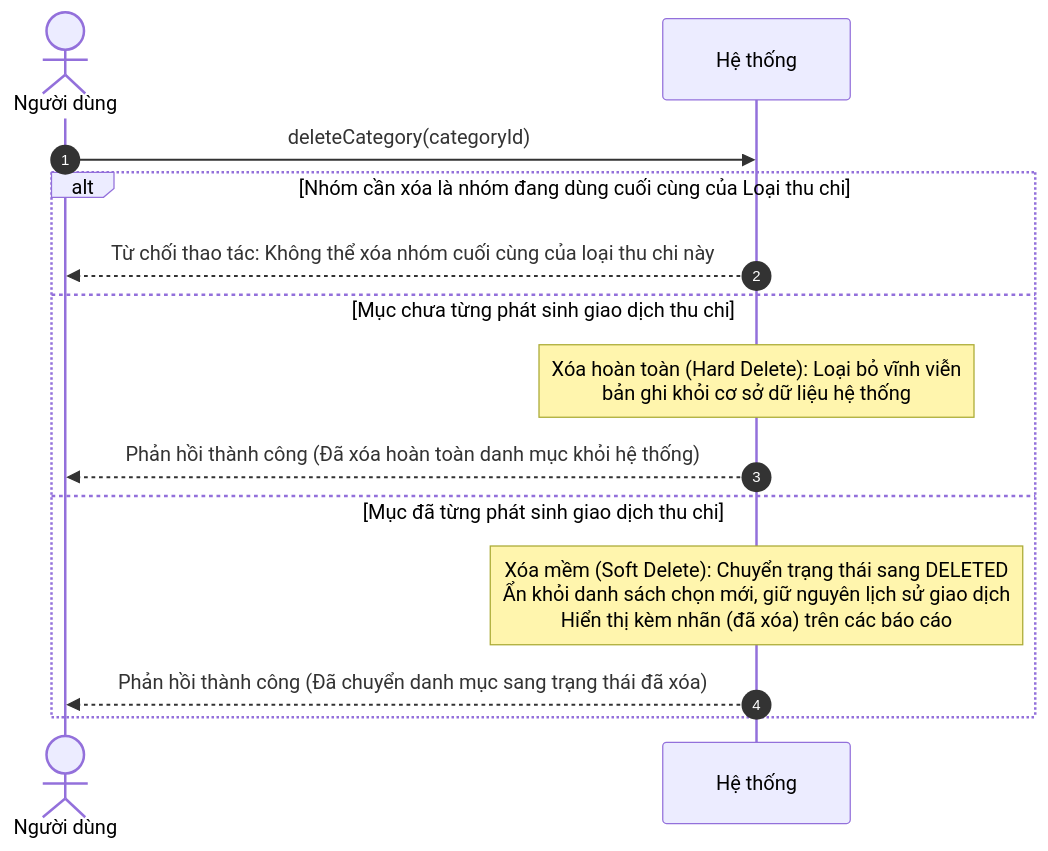
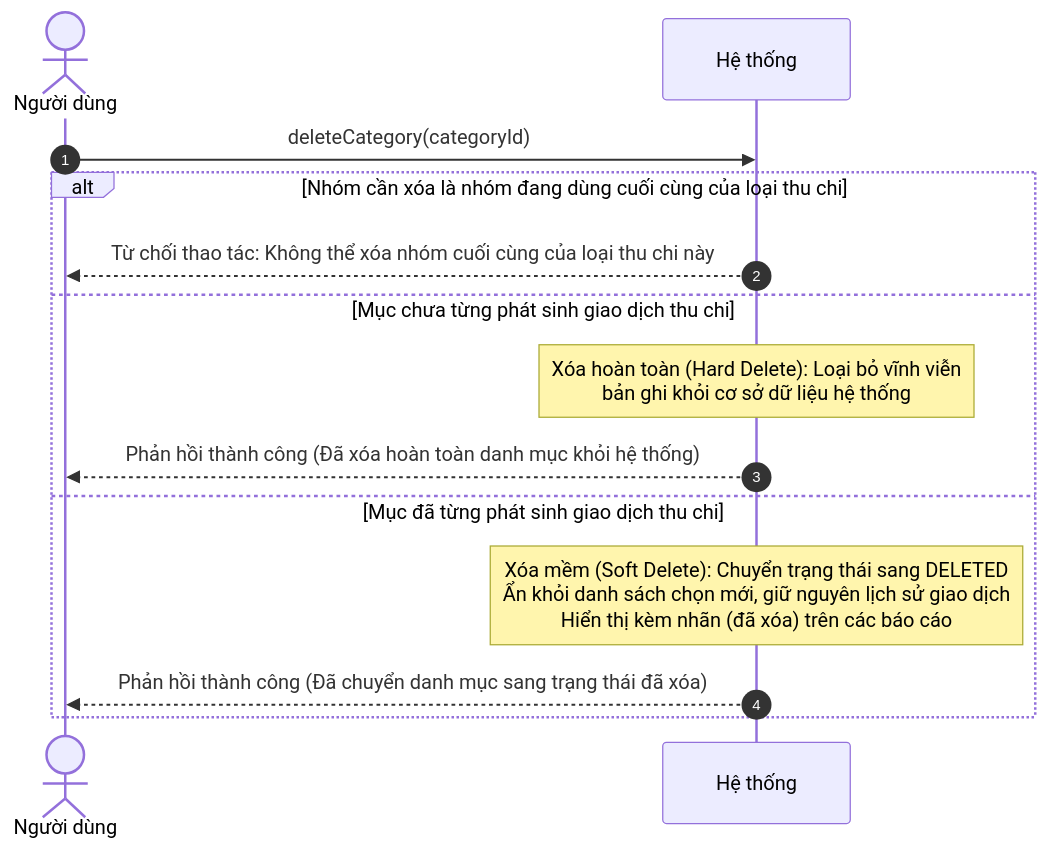
Before and after one commit to mynhleeh/pfms-oop: diagram 15 of 20 in docs/object-oriented-analysis/03-so-do-tuan-tu-he-thong-ssd.md, drawn with Mermaid. The commit also changed other lines of this file and 7 other files, not shown here.

````diff
--- a/docs/object-oriented-analysis/03-so-do-tuan-tu-he-thong-ssd.md
+++ b/docs/object-oriented-analysis/03-so-do-tuan-tu-he-thong-ssd.md
@@ -590,17 +586,17 @@
 ```mermaid
 sequenceDiagram
     autonumber
     actor User as Người dùng
     participant System as Hệ thống
 
     User->>System: deleteCategory(categoryId)
-    alt Nhóm cần xóa là nhóm đang dùng cuối cùng của Loại thu chi
+    alt Nhóm cần xóa là nhóm đang dùng cuối cùng của loại thu chi
         System-->>User: Từ chối thao tác: Không thể xóa nhóm cuối cùng của loại thu chi này
     else Mục chưa từng phát sinh giao dịch thu chi
         Note over System: Xóa hoàn toàn (Hard Delete): Loại bỏ vĩnh viễn<br/>bản ghi khỏi cơ sở dữ liệu hệ thống
         System-->>User: Phản hồi thành công (Đã xóa hoàn toàn danh mục khỏi hệ thống)
     else Mục đã từng phát sinh giao dịch thu chi
         Note over System: Xóa mềm (Soft Delete): Chuyển trạng thái sang DELETED<br/>Ẩn khỏi danh sách chọn mới, giữ nguyên lịch sử giao dịch<br/>Hiển thị kèm nhãn (đã xóa) trên các báo cáo
         System-->>User: Phản hồi thành công (Đã chuyển danh mục sang trạng thái đã xóa)
     end
 ```
````
